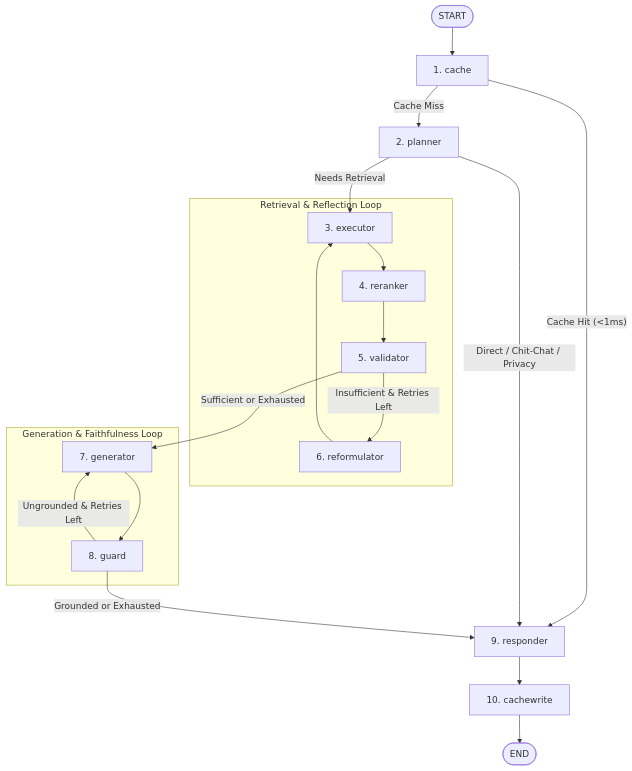
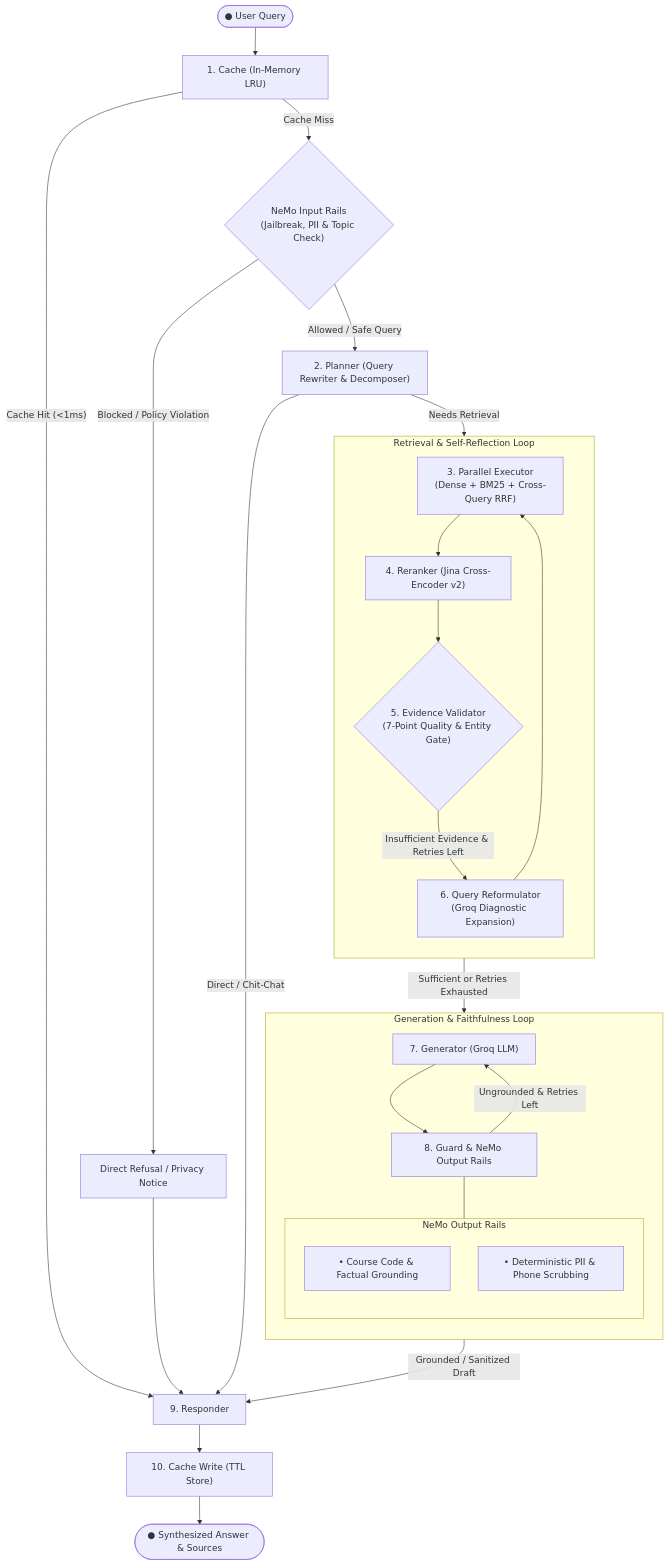
The diagram in README.md (sivakumar232/clg-chatbot), drawn with Mermaid before and after one commit. The commit also changed other lines of this file and 1 other file, not shown here.

Commit message:
refact:changereadme with features and updated architecture

````diff
--- a/README.md
+++ b/README.md
@@ -35,33 +20,47 @@
 ```mermaid
 flowchart TD
-    START([START]) --> Cache[1. cache]
+    START([● User Query]) --> Cache["1. Cache (In-Memory LRU)"]
     
-    %% Cache conditional routing
-    Cache -- Cache Hit (<1ms) --> Responder[9. responder]
-    Cache -- Cache Miss --> Planner[2. planner]
+    %% Fast-Path Routing
+    Cache -- "Cache Hit (<1ms)" --> Responder["9. Responder"]
+    Cache -- "Cache Miss" --> InputRails{"NeMo Input Rails\n(Jailbreak, PII & Topic Check)"}
+    
+    %% Input Guardrails routing
+    InputRails -- "Blocked / Policy Violation" --> DirectReject["Direct Refusal / Privacy Notice"]
+    DirectReject --> Responder
+    InputRails -- "Allowed / Safe Query" --> Planner["2. Planner (Query Rewriter & Decomposer)"]
     
     %% Planner conditional routing
-    Planner -- Direct / Chit-Chat / Privacy --> Responder
-    Planner -- Needs Retrieval --> Executor[3. executor]
+    Planner -- "Direct / Chit-Chat" --> Responder
+    Planner -- "Needs Retrieval" --> Executor["3. Parallel Executor\n(Dense + BM25 + Cross-Query RRF)"]
     
     %% Retrieval & Verification Loop
-    subgraph Retrieval_Reflection_Loop [Retrieval & Reflection Loop]
-        Executor --> Reranker[4. reranker]
-        Reranker --> Validator[5. validator]
-        Validator -- Insufficient & Retries Left --> Reformulator[6. reformulator]
+    subgraph Retrieval_Reflection_Loop [Retrieval & Self-Reflection Loop]
+        direction TB
+        Executor --> Reranker["4. Reranker (Jina Cross-Encoder v2)"]
+        Reranker --> Validator{"5. Evidence Validator\n(7-Point Quality & Entity Gate)"}
+        Validator -- "Insufficient Evidence & Retries Left" --> Reformulator["6. Query Reformulator\n(Groq Diagnostic Expansion)"]
         Reformulator --> Executor
     end
     
     %% Generation & Hallucination Guard Loop
     subgraph Generation_Guard_Loop [Generation & Faithfulness Loop]
-        Validator -- Sufficient or Exhausted --> Generator[7. generator]
-        Generator --> Guard[8. guard]
-        Guard -- Ungrounded & Retries Left --> Generator
+        direction TB
+        Validator -- "Sufficient or Retries Exhausted" --> Generator["7. Generator (Groq LLM)"]
+        Generator --> Guard["8. Guard & NeMo Output Rails"]
+        
+        subgraph NeMo_Output_Rails [NeMo Output Rails]
+            direction TB
+            GroundingCheck["• Course Code & Factual Grounding"]
+            PIIScrub["• Deterministic PII & Phone Scrubbing"]
+        end
+        Guard --- NeMo_Output_Rails
+        
+        Guard -- "Ungrounded & Retries Left" --> Generator
     end
     
     %% Finalization
-    Guard -- Grounded or Exhausted --> Responder
-    Responder --> CacheWrite[10. cachewrite]
-    CacheWrite --> END([END])
-
+    Guard -- "Grounded / Sanitized Draft" --> Responder
+    Responder --> CacheWrite["10. Cache Write (TTL Store)"]
+    CacheWrite --> END([● Synthesized Answer & Sources])
 ```
````
